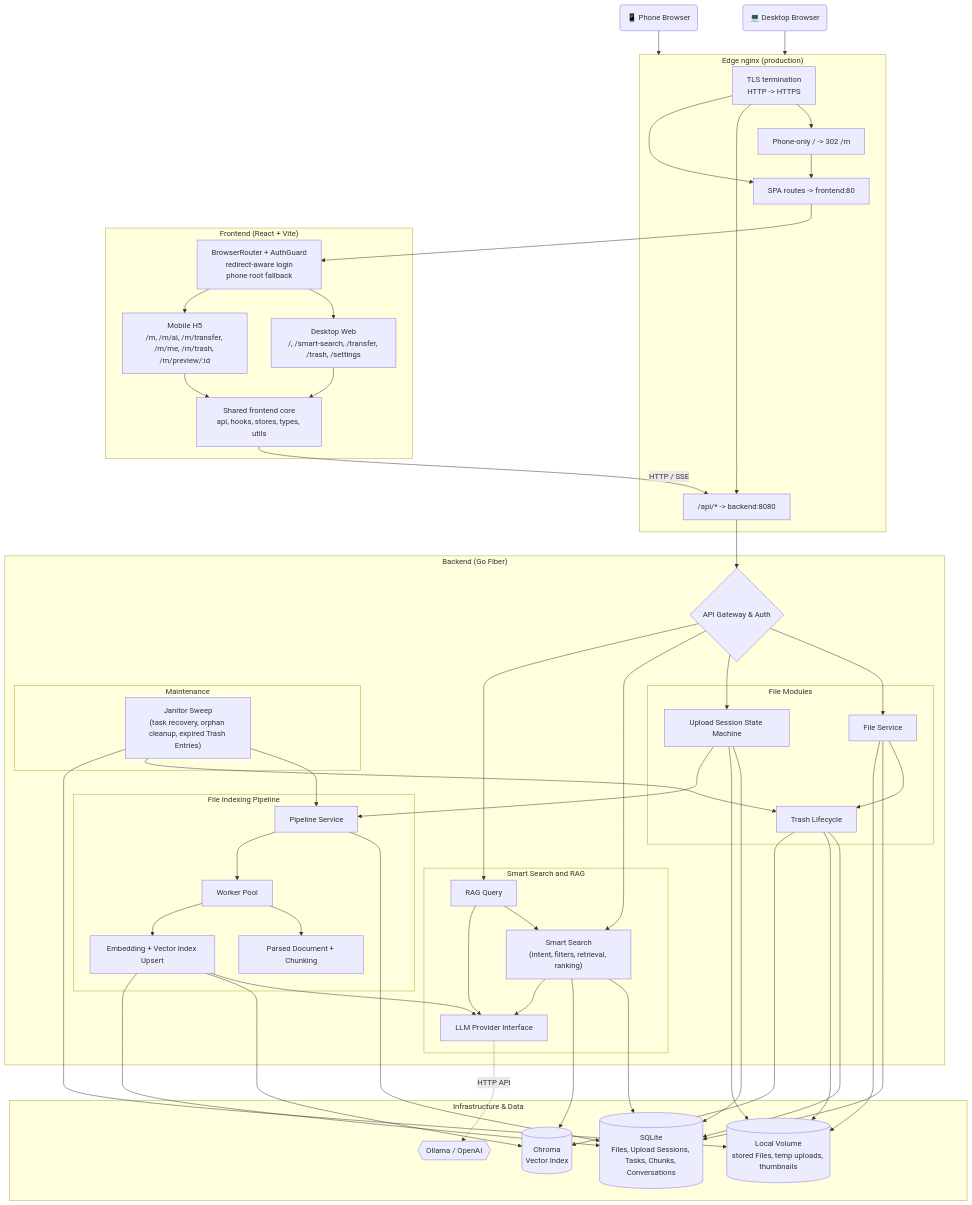
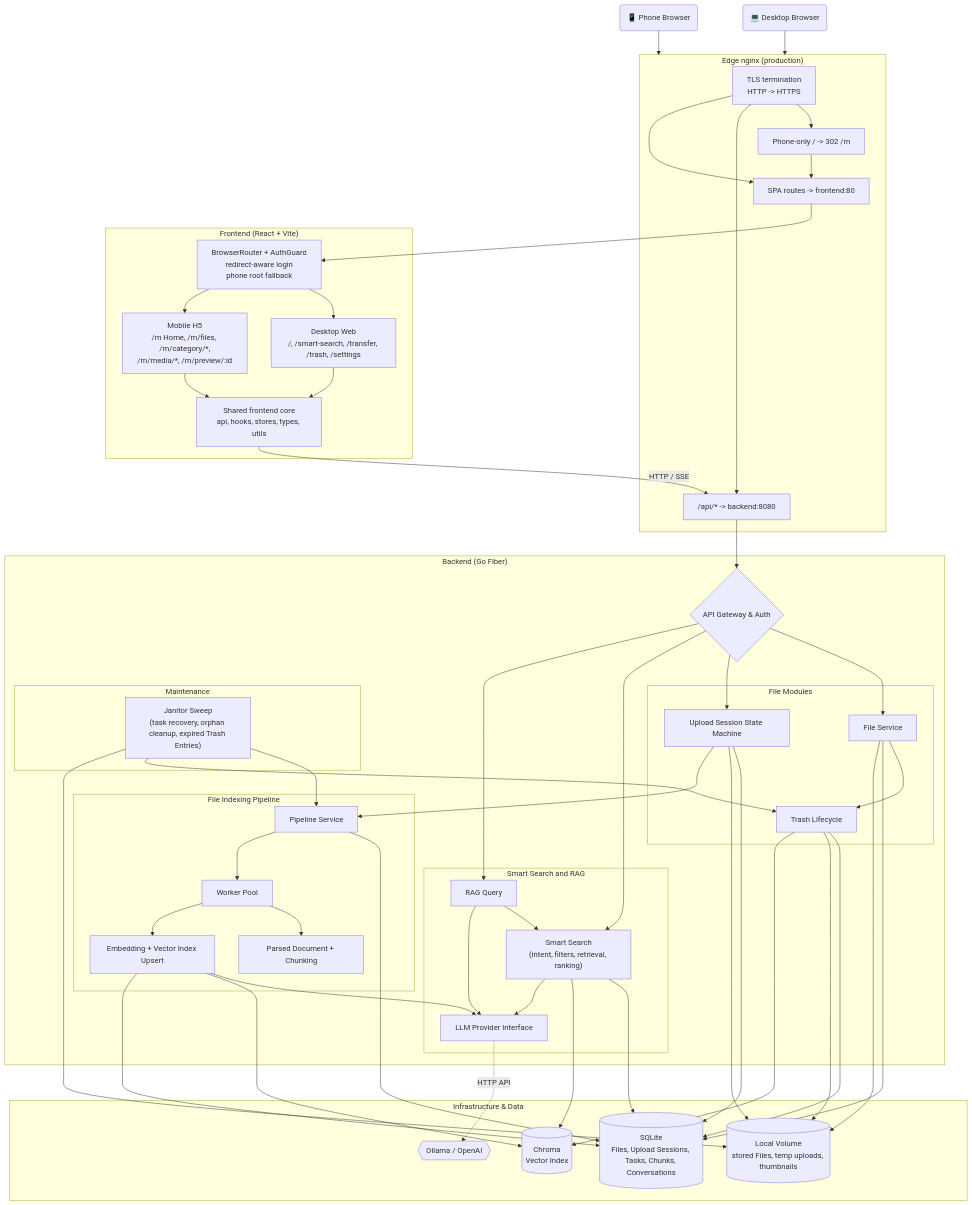
The diagram in README.md (memo-drive/memo-drive), drawn with Mermaid before and after one commit. The commit also changed other lines of this file and 77 other files, not shown here.

```diff
--- a/README.md
+++ b/README.md
@@ -49,7 +53,7 @@
         Router["BrowserRouter + AuthGuard\nredirect-aware login\nphone root fallback"]
         Shared["Shared frontend core\napi, hooks, stores, types, utils"]
         DesktopUI["Desktop Web\n/, /smart-search, /transfer, /trash, /settings"]
-        MobileUI["Mobile H5\n/m, /m/ai, /m/transfer, /m/me, /m/trash, /m/preview/:id"]
+        MobileUI["Mobile H5\n/m Home, /m/files, /m/category/*,\n/m/media/*, /m/preview/:id"]
     end
 
     subgraph Backend ["Backend (Go Fiber)"]
```
